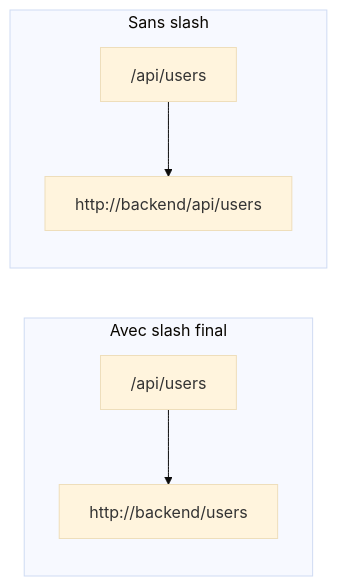
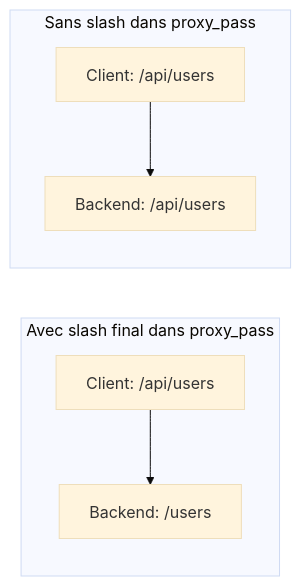
The second of 6 diagrams in 04-docker-swarm-nginx/9-nginx-reverse-proxy.md (haythem-rehouma/deploiement-de-solutions-de-donnees), drawn with Mermaid (base theme) before and after one commit. The commit also changed other lines of this file and 9 other files, not shown here.

````diff
--- a/04-docker-swarm-nginx/9-nginx-reverse-proxy.md
+++ b/04-docker-swarm-nginx/9-nginx-reverse-proxy.md
@@ -84,10 +112,10 @@
 ```mermaid
 graph LR
-    subgraph "Avec slash final"
-        R1["/api/users"] --> P1["http://backend/users"]
+    subgraph "Avec slash final dans proxy_pass"
+        R1["Client: /api/users"] --> P1["Backend: /users"]
     end
     
-    subgraph "Sans slash"
-        R2["/api/users"] --> P2["http://backend/api/users"]
+    subgraph "Sans slash dans proxy_pass"
+        R2["Client: /api/users"] --> P2["Backend: /api/users"]
     end
 ```
````
